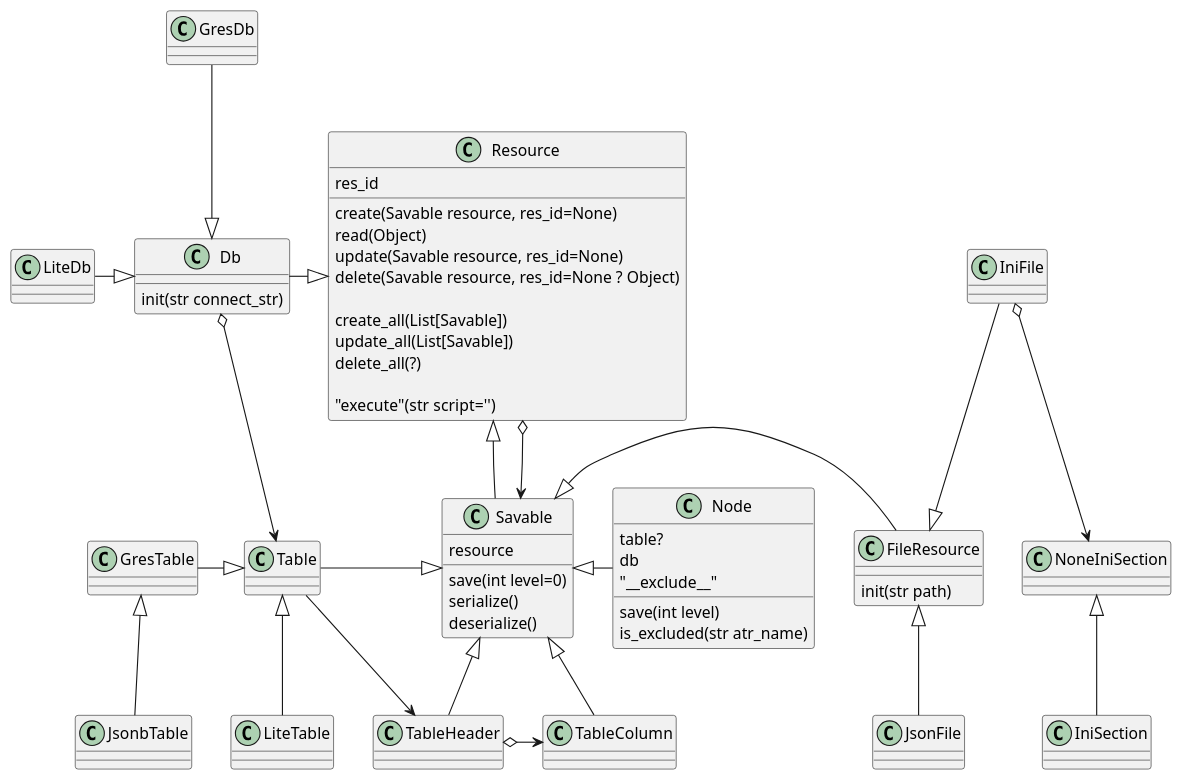
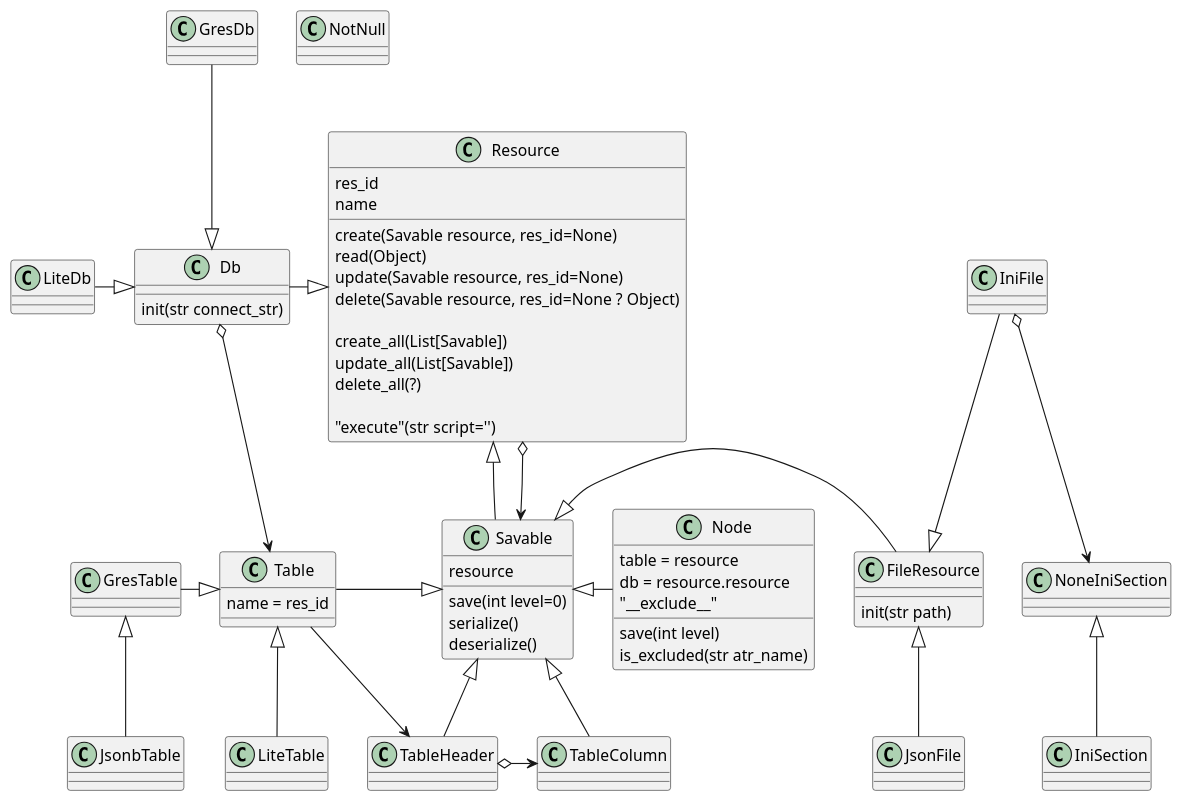
Before and after one commit to nagvalhm/epure: the diagram in uml/resource.wsd, drawn with PlantUML. The commit also changed 7 other files, not shown here.

Commit message:
updated uml, started tests for epure

```diff
--- a/uml/resource.wsd
+++ b/uml/resource.wsd
@@ -1,77 +1,82 @@
 class Resource{    
     create(Savable resource, res_id=None)
     read(Object)
     update(Savable resource, res_id=None)
     delete(Savable resource, res_id=None ? Object)
 
     create_all(List[Savable])
     update_all(List[Savable])
     delete_all(?)
     
     "execute"(str script='')
     res_id
+    name
 }
+
 
 class Db{
     init(str connect_str)
 }
 
 class GresDb{}
 class LiteDb{}
 
 class Savable{    
     resource
     save(int level=0)
     serialize()
     deserialize()    
 }
 
-class Table{}
+class Table{
+    name = res_id
+}
 
 class GresTable{}
 class JsonbTable{}
 class LiteTable{}
 
 class TableHeader{}
 class TableColumn{}
+class NotNull{}
 
 class FileResource{
     init(str path)
 }
 
 class IniFile{}
 class IniSection{}
 class NoneIniSection{}
 class JsonFile{}
 
 class Node{
-    table?
-    db
+    table = resource
+    db = resource.resource
     "__exclude__"
     save(int level)
     is_excluded(str atr_name)
 }
 
 
 
 
 Resource <|-left- Db
     Db <|-up- GresDb
     Db <|-left- LiteDb
     Db o-down-> Table
 Resource <|-- Savable
 Resource o--> Savable
     Savable <|-right- FileResource
         FileResource <|-up- IniFile
             IniFile o--> NoneIniSection
                 NoneIniSection <|-- IniSection
         FileResource <|-- JsonFile
     Savable <|-left- Table
         Table <|-left- GresTable
             GresTable <|-- JsonbTable
         Table <|-- LiteTable
         Table --> TableHeader
     Savable <|-right- Node
     Savable <|-- TableHeader
         TableHeader o-right-> TableColumn
     Savable <|-- TableColumn
```
